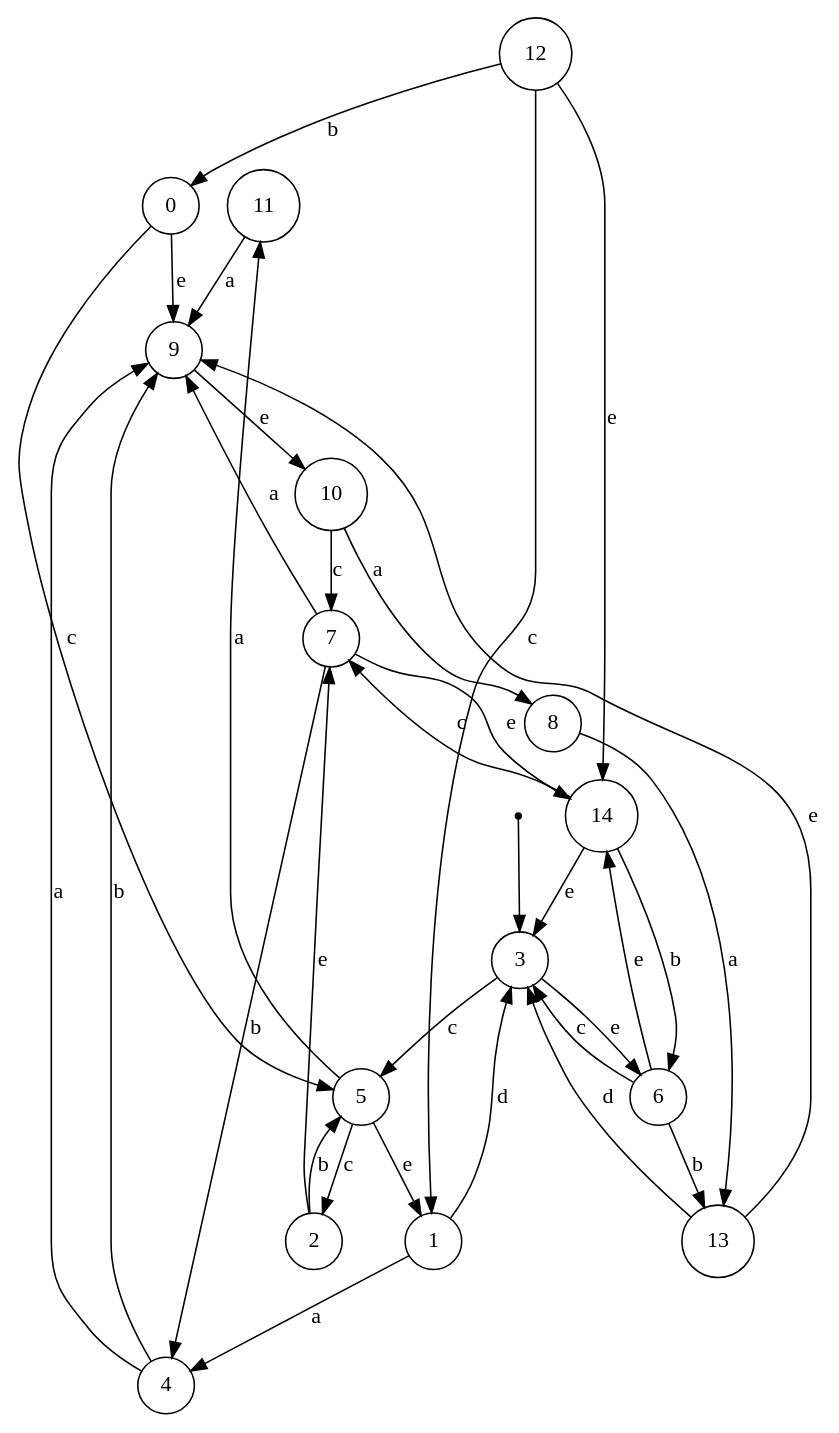
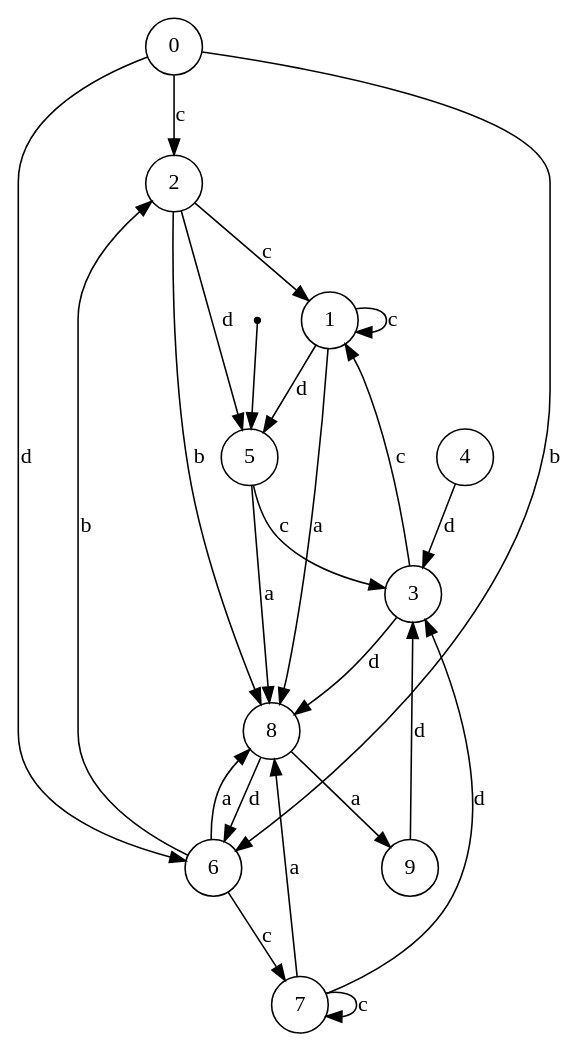
One commit to Reithger/Finite-State-Machine-Model changed the diagram in dotsource.dot. Above: the diagram before and after it, drawn with Graphviz. The commit also changed 16 other files, not shown here.

```diff
--- a/dotsource.dot
+++ b/dotsource.dot
@@ -1,51 +1,37 @@
 digraph G {
-"11"[shape = circle color = "black"];
-"12"[shape = circle color = "black"];
-"13"[shape = circle color = "black"];
-"14"[shape = circle color = "black"];
 "0"[shape = circle color = "black"];
 "1"[shape = circle color = "black"];
 "2"[shape = circle color = "black"];
 "3"[shape = circle color = "black"];
-"___NEVER_USE_THIS_NAME___3"[fontSize = 1 shape = point]; 
-{"___NEVER_USE_THIS_NAME___3"}->{"3"}; 
 "4"[shape = circle color = "black"];
 "5"[shape = circle color = "black"];
+"___NEVER_USE_THIS_NAME___5"[fontSize = 1 shape = point]; 
+{"___NEVER_USE_THIS_NAME___5"}->{"5"}; 
 "6"[shape = circle color = "black"];
 "7"[shape = circle color = "black"];
 "8"[shape = circle color = "black"];
 "9"[shape = circle color = "black"];
-"10"[shape = circle color = "black"];
-"4"->{"9"} [label = "a" color = "black" arrowhead = "normal" ]; 
-"4"->{"9"} [label = "b" color = "black" arrowhead = "normal" ]; 
-"10"->{"7"} [label = "c" color = "black" arrowhead = "normal" ]; 
-"10"->{"8"} [label = "a" color = "black" arrowhead = "normal" ]; 
-"13"->{"3"} [label = "d" color = "black" arrowhead = "normal" ]; 
-"13"->{"9"} [label = "e" color = "black" arrowhead = "normal" ]; 
-"14"->{"7"} [label = "c" color = "black" arrowhead = "normal" ]; 
-"14"->{"6"} [label = "b" color = "black" arrowhead = "normal" ]; 
-"14"->{"3"} [label = "e" color = "black" arrowhead = "normal" ]; 
-"3"->{"5"} [label = "c" color = "black" arrowhead = "normal" ]; 
-"3"->{"6"} [label = "e" color = "black" arrowhead = "normal" ]; 
-"12"->{"14"} [label = "e" color = "black" arrowhead = "normal" ]; 
-"12"->{"0"} [label = "b" color = "black" arrowhead = "normal" ]; 
-"12"->{"1"} [label = "c" color = "black" arrowhead = "normal" ]; 
-"2"->{"7"} [label = "e" color = "black" arrowhead = "normal" ]; 
-"2"->{"5"} [label = "b" color = "black" arrowhead = "normal" ]; 
-"5"->{"11"} [label = "a" color = "black" arrowhead = "normal" ]; 
-"5"->{"1"} [label = "e" color = "black" arrowhead = "normal" ]; 
-"5"->{"2"} [label = "c" color = "black" arrowhead = "normal" ]; 
-"11"->{"9"} [label = "a" color = "black" arrowhead = "normal" ]; 
-"1"->{"4"} [label = "a" color = "black" arrowhead = "normal" ]; 
-"1"->{"3"} [label = "d" color = "black" arrowhead = "normal" ]; 
-"9"->{"10"} [label = "e" color = "black" arrowhead = "normal" ]; 
-"8"->{"13"} [label = "a" color = "black" arrowhead = "normal" ]; 
-"0"->{"5"} [label = "c" color = "black" arrowhead = "normal" ]; 
-"0"->{"9"} [label = "e" color = "black" arrowhead = "normal" ]; 
-"6"->{"13"} [label = "b" color = "black" arrowhead = "normal" ]; 
-"6"->{"3"} [label = "c" color = "black" arrowhead = "normal" ]; 
-"6"->{"14"} [label = "e" color = "black" arrowhead = "normal" ]; 
-"7"->{"9"} [label = "a" color = "black" arrowhead = "normal" ]; 
-"7"->{"14"} [label = "e" color = "black" arrowhead = "normal" ]; 
-"7"->{"4"} [label = "b" color = "black" arrowhead = "normal" ]; 
+"5"->{"3"} [label = "c" color = "black" arrowhead = "normal" ]; 
+"5"->{"8"} [label = "a" color = "black" arrowhead = "normal" ]; 
+"9"->{"3"} [label = "d" color = "black" arrowhead = "normal" ]; 
+"8"->{"6"} [label = "d" color = "black" arrowhead = "normal" ]; 
+"8"->{"9"} [label = "a" color = "black" arrowhead = "normal" ]; 
+"3"->{"8"} [label = "d" color = "black" arrowhead = "normal" ]; 
+"3"->{"1"} [label = "c" color = "black" arrowhead = "normal" ]; 
+"6"->{"8"} [label = "a" color = "black" arrowhead = "normal" ]; 
+"6"->{"2"} [label = "b" color = "black" arrowhead = "normal" ]; 
+"6"->{"7"} [label = "c" color = "black" arrowhead = "normal" ]; 
+"4"->{"3"} [label = "d" color = "black" arrowhead = "normal" ]; 
+"1"->{"8"} [label = "a" color = "black" arrowhead = "normal" ]; 
+"1"->{"1"} [label = "c" color = "black" arrowhead = "normal" ]; 
+"1"->{"5"} [label = "d" color = "black" arrowhead = "normal" ]; 
+"2"->{"8"} [label = "b" color = "black" arrowhead = "normal" ]; 
+"2"->{"1"} [label = "c" color = "black" arrowhead = "normal" ]; 
+"2"->{"5"} [label = "d" color = "black" arrowhead = "normal" ]; 
+"0"->{"6"} [label = "b" color = "black" arrowhead = "normal" ]; 
+"0"->{"6"} [label = "d" color = "black" arrowhead = "normal" ]; 
+"0"->{"2"} [label = "c" color = "black" arrowhead = "normal" ]; 
+"7"->{"3"} [label = "d" color = "black" arrowhead = "normal" ]; 
+"7"->{"7"} [label = "c" color = "black" arrowhead = "normal" ]; 
+"7"->{"8"} [label = "a" color = "black" arrowhead = "normal" ]; 
 }
```
